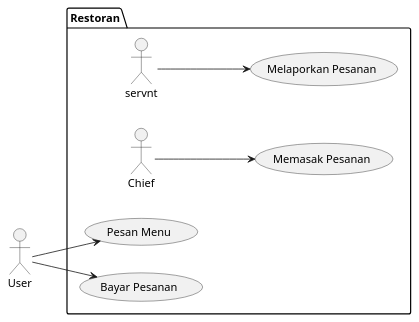
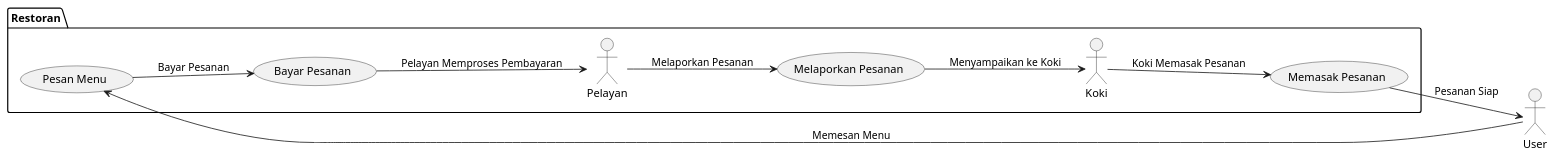
Before and after one commit to Moocchi/DAA: the diagram in pert2/pert2.puml, drawn with PlantUML. The commit also changed 2 other files, not shown here.

```diff
--- a/pert2/pert2.puml
+++ b/pert2/pert2.puml
@@ -1,23 +1,24 @@
 @startuml Pert 2
 left to right direction
 
 actor User as user 
 
-package Restoran{
-    actor servnt as serv
-    actor Chief as chief
-}
-
-package Restoran{
+package Restoran {
+    actor "Pelayan" as serv
+    actor "Koki" as chief
+    
     usecase "Pesan Menu" as U1
     usecase "Bayar Pesanan" as U2
     usecase "Melaporkan Pesanan" as U3
     usecase "Memasak Pesanan" as U4
 }
 
-user  --> U1
-user  --> U2
-serv  --> U3
-chief --> U4
+user --> U1 : "Memesan Menu"
+U1  --> U2 : "Bayar Pesanan"
+U2  --> serv : "Pelayan Memproses Pembayaran"
+serv --> U3 : "Melaporkan Pesanan"
+U3  --> chief : "Menyampaikan ke Koki"
+chief --> U4 : "Koki Memasak Pesanan"
+U4  --> user : "Pesanan Siap"
 
 @enduml
```
